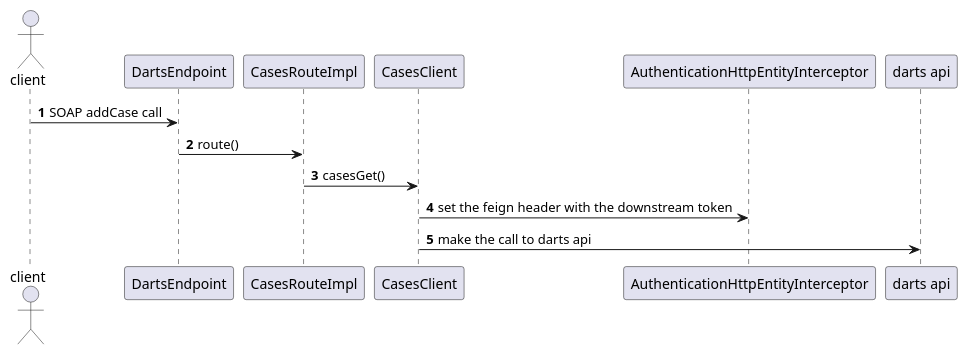
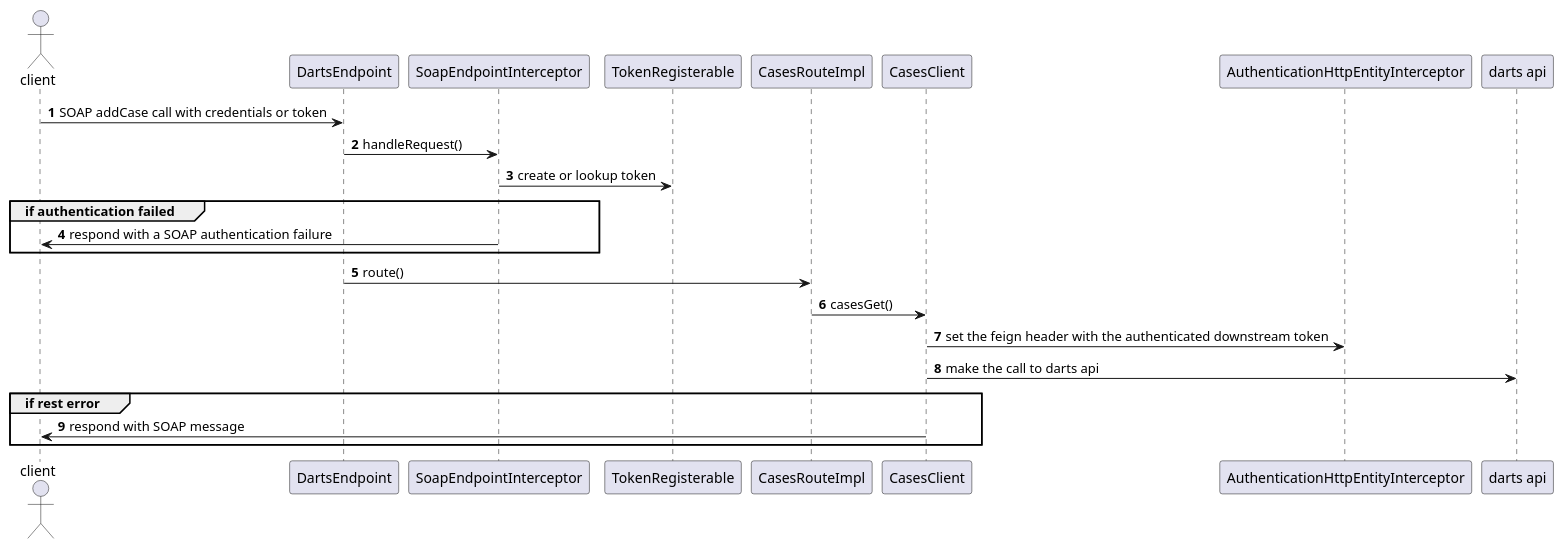
The diagram in docs/proxy_with_downstream_token.puml (hmcts/darts-gateway), drawn with PlantUML before and after one commit. The commit also changed 3 other files, not shown here.

```diff
--- a/docs/proxy_with_downstream_token.puml
+++ b/docs/proxy_with_downstream_token.puml
@@ -1,14 +1,26 @@
 @startuml
 'https://plantuml.com/sequence-diagram
 
 autonumber
 
 
 actor "client"
 
-"client" -> "DartsEndpoint" : SOAP addCase call
+"client" -> "DartsEndpoint" : SOAP addCase call with credentials or token
+"DartsEndpoint" -> "SoapEndpointInterceptor" : handleRequest()
+"SoapEndpointInterceptor" -> "TokenRegisterable" : create or lookup token
+
+    group if authentication failed
+         "SoapEndpointInterceptor" -> "client": respond with a SOAP authentication failure
+    end
+
 "DartsEndpoint" -> "CasesRouteImpl" : route()
 "CasesRouteImpl" -> "CasesClient" : casesGet()
-"CasesClient" -> "AuthenticationHttpEntityInterceptor" : set the feign header with the downstream token
+"CasesClient" -> "AuthenticationHttpEntityInterceptor" : set the feign header with the authenticated downstream token
 "CasesClient" -> "darts api" : make the call to darts api
+
+    group if rest error
+         "CasesClient" -> "client" : respond with SOAP message
+    end
+
 @enduml
```
